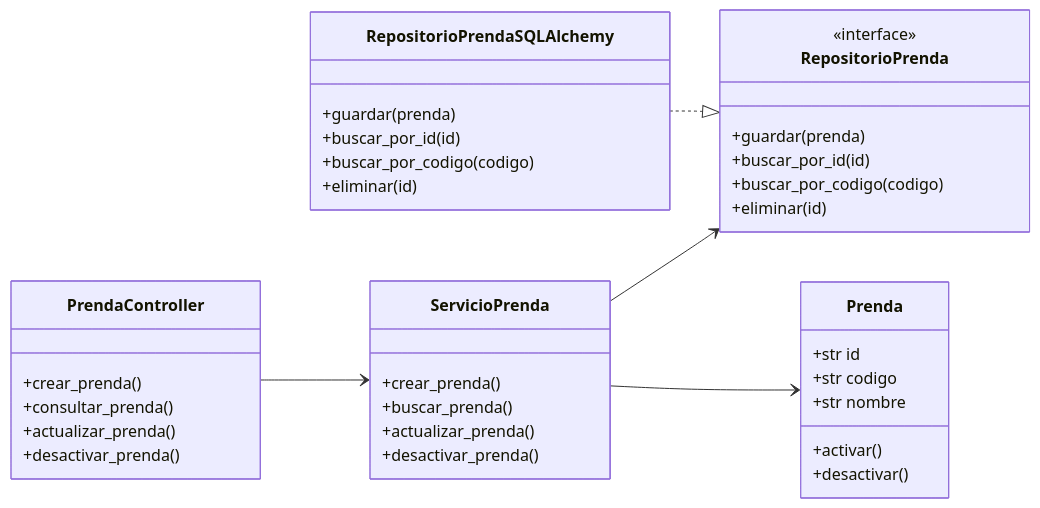
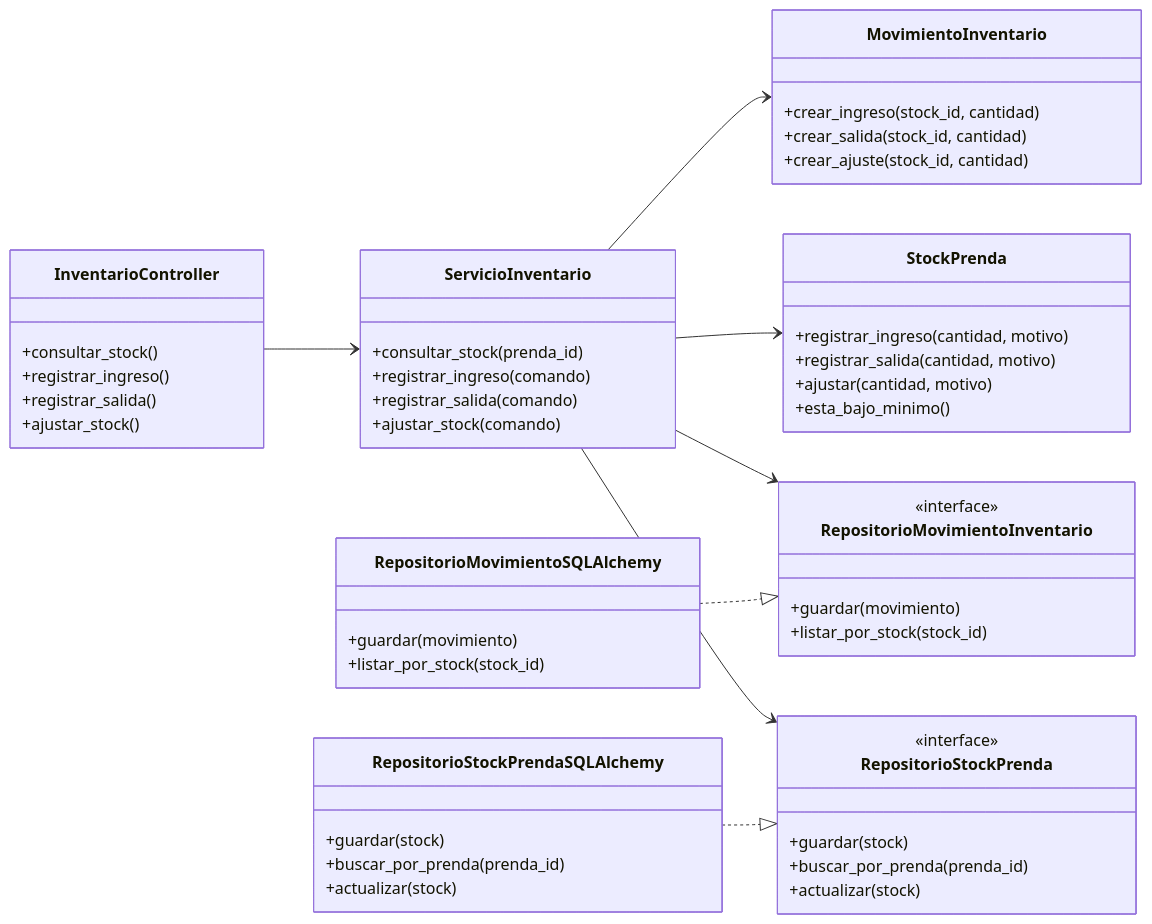
The third of 4 diagrams in docs/arquitectura.md (javierRock/SoftwareTextil), drawn with Mermaid before and after one commit. The commit also changed other lines of this file and 5 other files, not shown here.

Commit message:
docs: mejorar README y diagramas DDD

````diff
--- a/docs/arquitectura.md
+++ b/docs/arquitectura.md
@@ -53,46 +83,63 @@
 ```mermaid
 classDiagram
     direction LR
 
-    class PrendaController {
-        +crear_prenda()
-        +consultar_prenda()
-        +actualizar_prenda()
-        +desactivar_prenda()
+    class InventarioController {
+        +consultar_stock()
+        +registrar_ingreso()
+        +registrar_salida()
+        +ajustar_stock()
     }
 
-    class ServicioPrenda {
-        +crear_prenda()
-        +buscar_prenda()
-        +actualizar_prenda()
-        +desactivar_prenda()
+    class ServicioInventario {
+        +consultar_stock(prenda_id)
+        +registrar_ingreso(comando)
+        +registrar_salida(comando)
+        +ajustar_stock(comando)
     }
 
-    class RepositorioPrenda {
+    class RepositorioStockPrenda {
         <<interface>>
-        +guardar(prenda)
-        +buscar_por_id(id)
-        +buscar_por_codigo(codigo)
-        +eliminar(id)
+        +guardar(stock)
+        +buscar_por_prenda(prenda_id)
+        +actualizar(stock)
     }
 
-    class RepositorioPrendaSQLAlchemy {
-        +guardar(prenda)
-        +buscar_por_id(id)
-        +buscar_por_codigo(codigo)
-        +eliminar(id)
+    class RepositorioMovimientoInventario {
+        <<interface>>
+        +guardar(movimiento)
+        +listar_por_stock(stock_id)
     }
 
-    class Prenda {
-        +str id
-        +str codigo
-        +str nombre
-        +activar()
-        +desactivar()
+    class StockPrenda {
+        +registrar_ingreso(cantidad, motivo)
+        +registrar_salida(cantidad, motivo)
+        +ajustar(cantidad, motivo)
+        +esta_bajo_minimo()
     }
 
-    PrendaController --> ServicioPrenda
-    ServicioPrenda --> RepositorioPrenda
-    ServicioPrenda --> Prenda
-    RepositorioPrendaSQLAlchemy ..|> RepositorioPrenda
+    class MovimientoInventario {
+        +crear_ingreso(stock_id, cantidad)
+        +crear_salida(stock_id, cantidad)
+        +crear_ajuste(stock_id, cantidad)
+    }
+
+    class RepositorioStockPrendaSQLAlchemy {
+        +guardar(stock)
+        +buscar_por_prenda(prenda_id)
+        +actualizar(stock)
+    }
+
+    class RepositorioMovimientoSQLAlchemy {
+        +guardar(movimiento)
+        +listar_por_stock(stock_id)
+    }
+
+    InventarioController --> ServicioInventario
+    ServicioInventario --> RepositorioStockPrenda
+    ServicioInventario --> RepositorioMovimientoInventario
+    ServicioInventario --> StockPrenda
+    ServicioInventario --> MovimientoInventario
+    RepositorioStockPrendaSQLAlchemy ..|> RepositorioStockPrenda
+    RepositorioMovimientoSQLAlchemy ..|> RepositorioMovimientoInventario
 ```
````
